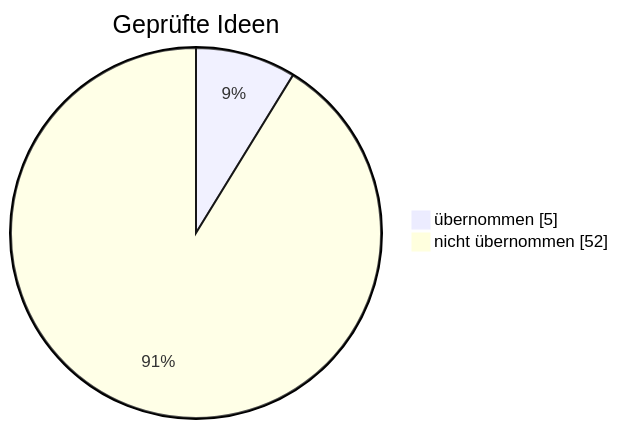
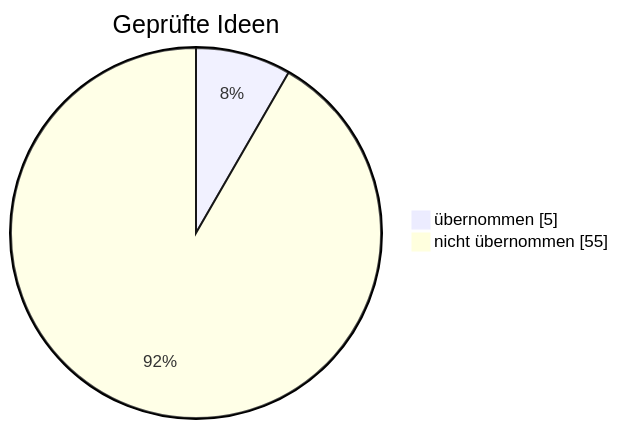
One commit to sickingmalte-arch/Test-Bot changed the diagram in gehirn/Notizen/Was der Bot schon weiß.md. Above: the diagram before and after it, drawn with Mermaid. The commit also changed other lines of this file and 2 other files, not shown here.

First line of the commit message:
Gehirn: Kaufzeit geprüft – keine Variante überall besser (nicht übernommen)

````diff
--- a/gehirn/Notizen/Was der Bot schon weiß.md
+++ b/gehirn/Notizen/Was der Bot schon weiß.md
@@ -22,6 +22,6 @@
 ```mermaid
 pie showData
     title Geprüfte Ideen
     "übernommen" : 5
-    "nicht übernommen" : 52
+    "nicht übernommen" : 55
 ```
````
